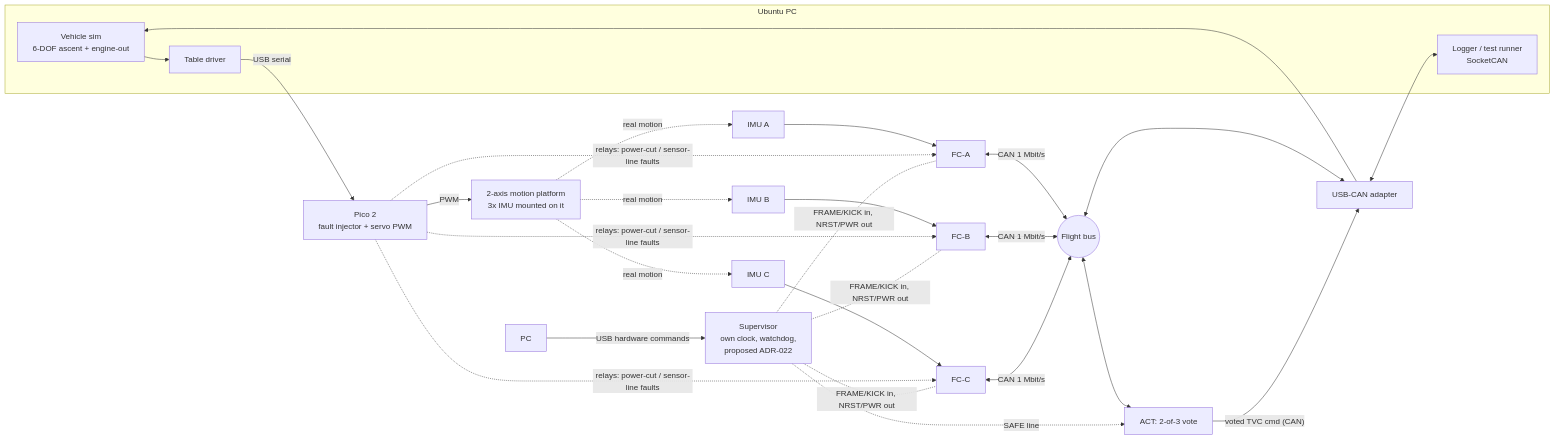
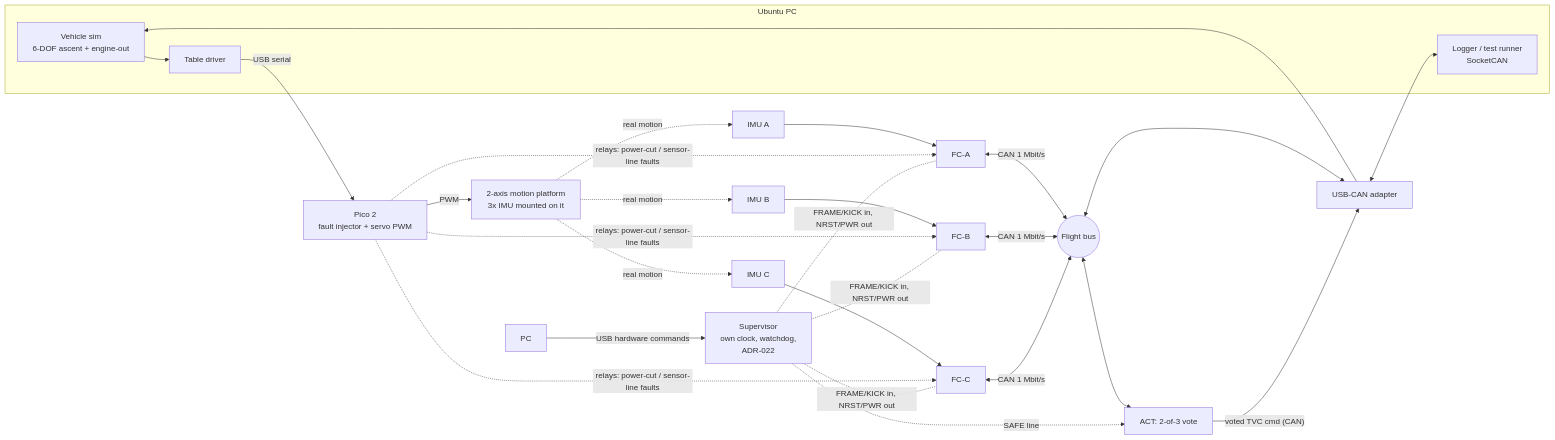
One commit to TMGamingHd/triplex-fc changed the first of 2 diagrams in docs/design/ARCHITECTURE.md. Above: the diagram before and after it, drawn with Mermaid. The commit also changed other lines of this file and 43 other files, not shown here.

````diff
--- a/docs/design/ARCHITECTURE.md
+++ b/docs/design/ARCHITECTURE.md
@@ -10,23 +10,23 @@
 ```mermaid
 flowchart LR
   subgraph PC[Ubuntu PC]
     SIM[Vehicle sim<br/>6-DOF ascent + engine-out] --> TBL[Table driver]
     LOG[Logger / test runner<br/>SocketCAN]
   end
   TBL -- USB serial --> PICO[Pico 2<br/>fault injector + servo PWM]
   PICO -- PWM --> PLAT[2-axis motion platform<br/>3x IMU mounted on it]
   PLAT -. real motion .-> IMUA[IMU A] & IMUB[IMU B] & IMUC[IMU C]
   IMUA --> FCA[FC-A] 
   IMUB --> FCB[FC-B]
   IMUC --> FCC[FC-C]
   FCA & FCB & FCC <-- CAN 1 Mbit/s --> BUS((Flight bus))
   BUS <--> ACT[ACT: 2-of-3 vote]
   BUS <--> CANABLE[USB-CAN adapter]
   CANABLE <--> LOG
   ACT -- voted TVC cmd (CAN) --> CANABLE
   CANABLE --> SIM
   PICO -. relays: power-cut / sensor-line faults .-> FCA & FCB & FCC
-  SUP[Supervisor<br/>own clock, watchdog,<br/>proposed ADR-022] -. FRAME/KICK in, NRST/PWR out .- FCA & FCB & FCC
+  SUP[Supervisor<br/>own clock, watchdog,<br/>ADR-022] -. FRAME/KICK in, NRST/PWR out .- FCA & FCB & FCC
   SUP -. SAFE line .-> ACT
   PC2[PC] -- USB hardware commands --> SUP
 ```
````
